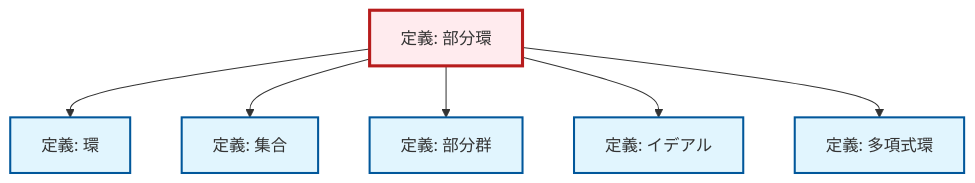
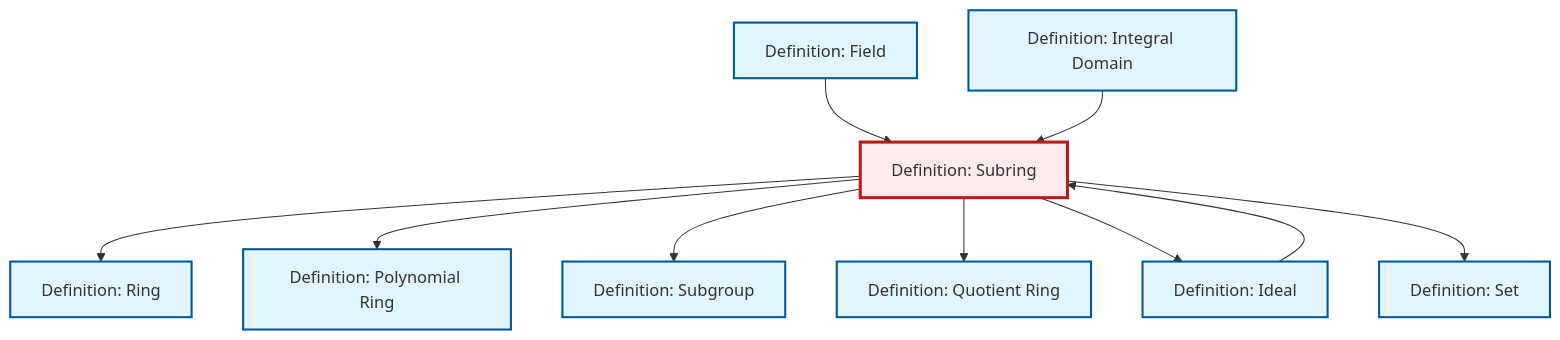
Before and after one commit to RK0429/ModernMath: the diagram in content/ja/algebra/def-subring.qmd, drawn with Mermaid. The commit also changed other lines of this file and 619 other files, not shown here.

````diff
--- a/content/ja/algebra/def-subring.qmd
+++ b/content/ja/algebra/def-subring.qmd
@@ -85,21 +85,36 @@
 ```{mermaid}
 %%| fig-cap: "Local dependency graph"
 graph TD
     classDef definition fill:#e1f5fe,stroke:#01579b,stroke-width:2px
     classDef theorem fill:#f3e5f5,stroke:#4a148c,stroke-width:2px
     classDef axiom fill:#fff3e0,stroke:#e65100,stroke-width:2px
     classDef example fill:#e8f5e9,stroke:#1b5e20,stroke-width:2px
     classDef current fill:#ffebee,stroke:#b71c1c,stroke-width:3px
-    def-subring["定義: 部分環"]:::definition
-    def-ring["定義: 環"]:::definition
-    def-set["定義: 集合"]:::definition
-    def-subgroup["定義: 部分群"]:::definition
-    def-ideal["定義: イデアル"]:::definition
-    def-polynomial-ring["定義: 多項式環"]:::definition
+    def-integral-domain["Definition: Integral Domain"]:::definition
+    def-set["Definition: Set"]:::definition
+    def-ideal["Definition: Ideal"]:::definition
+    def-subgroup["Definition: Subgroup"]:::definition
+    def-subring["Definition: Subring"]:::definition
+    def-quotient-ring["Definition: Quotient Ring"]:::definition
+    def-polynomial-ring["Definition: Polynomial Ring"]:::definition
+    def-field["Definition: Field"]:::definition
+    def-ring["Definition: Ring"]:::definition
+    def-field --> def-subring
     def-subring --> def-ring
+    def-integral-domain --> def-subring
+    def-ideal --> def-subring
+    def-subring --> def-polynomial-ring
+    def-subring --> def-subgroup
+    def-subring --> def-quotient-ring
+    def-subring --> def-ideal
     def-subring --> def-set
-    def-subring --> def-subgroup
-    def-subring --> def-ideal
-    def-subring --> def-polynomial-ring
     class def-subring current
+    click def-integral-domain "def-integral-domain.html" "Definition: Integral Domainへ"
+    click def-set "def-set.html" "Definition: Setへ"
+    click def-ideal "def-ideal.html" "Definition: Idealへ"
+    click def-subgroup "def-subgroup.html" "Definition: Subgroupへ"
+    click def-quotient-ring "def-quotient-ring.html" "Definition: Quotient Ringへ"
+    click def-polynomial-ring "def-polynomial-ring.html" "Definition: Polynomial Ringへ"
+    click def-field "def-field.html" "Definition: Fieldへ"
+    click def-ring "def-ring.html" "Definition: Ringへ"
 ```
````
